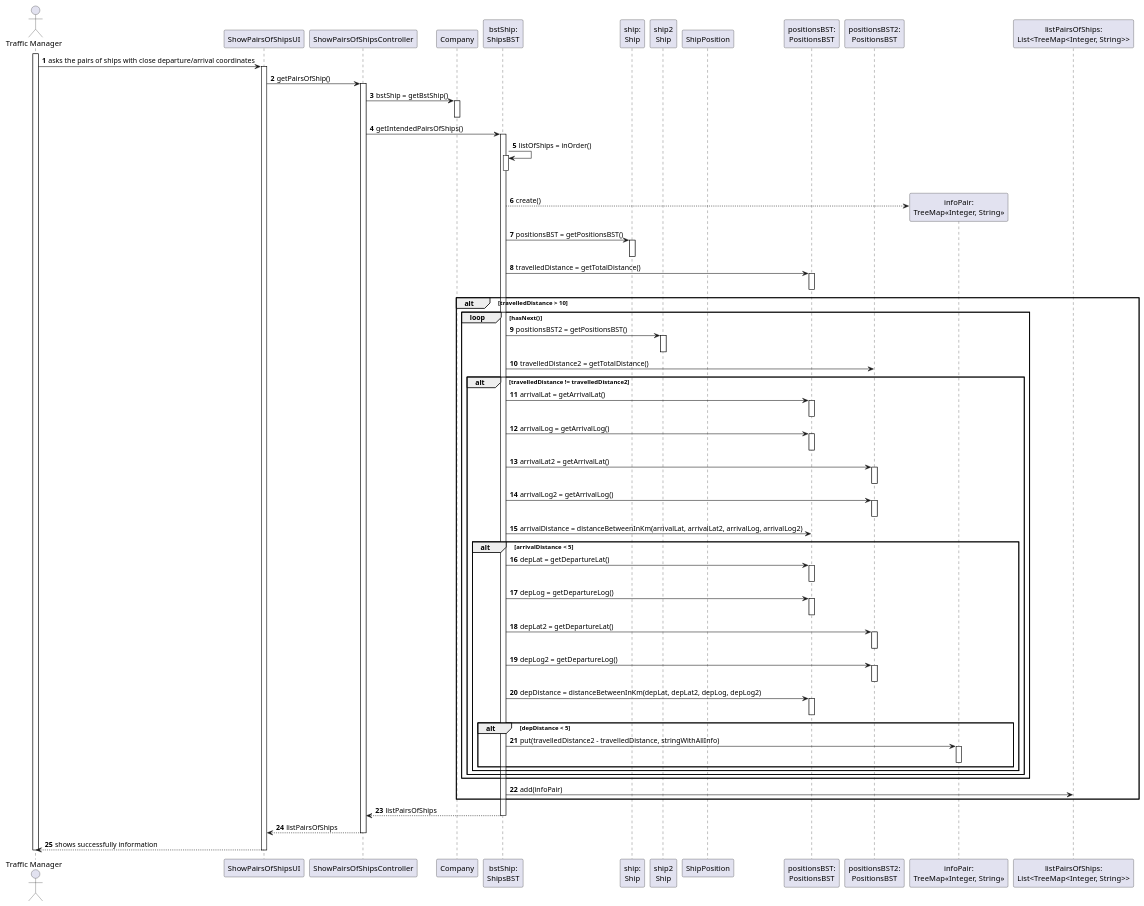
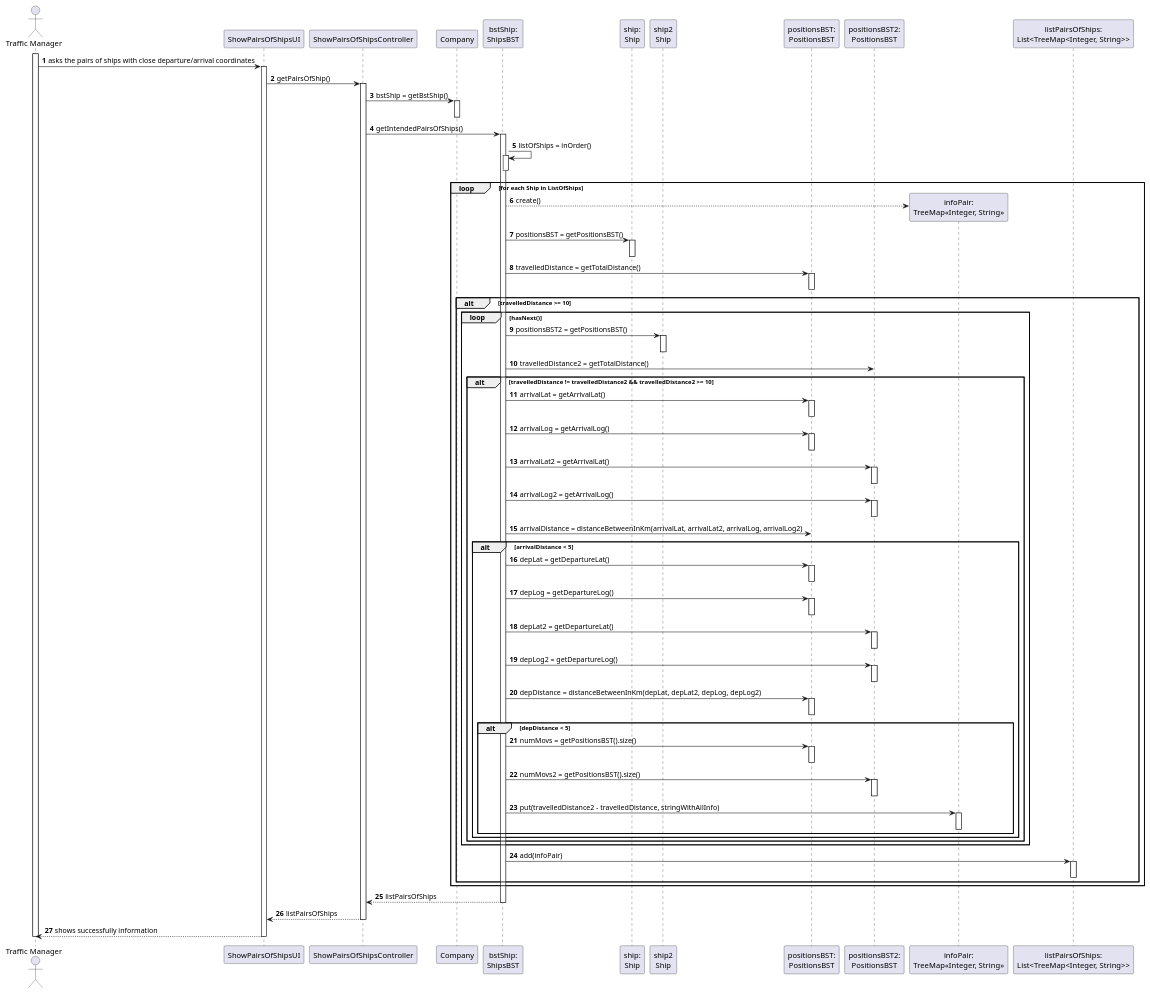
One commit to ana-albergaria/LAPR3-ISEP changed the diagram in docs/US107/US107_SD.puml. Above: the diagram before and after it, drawn with PlantUML.

Commit message:
G54-7 #comment Fixing details in SD

```diff
--- a/docs/US107/US107_SD.puml
+++ b/docs/US107/US107_SD.puml
@@ -1,103 +1,116 @@
 @startuml
 
 
 autonumber
 actor "Traffic Manager" as TM
 
 participant "ShowPairsOfShipsUI" as UI
 participant "ShowPairsOfShipsController" as CTRL
 participant "Company" as COMP
 participant "bstShip:\nShipsBST" as BstShip
 participant "ship:\nShip" as S
 participant "ship2\nShip" as S2
-participant "ShipPosition" as SP
+/'participant "ShipPosition" as SP'/
 participant "positionsBST:\nPositionsBST" as BstPosition
 participant "positionsBST2:\nPositionsBST" as BstPosition2
 participant "infoPair:\nTreeMap<<Integer, String>>" as TREEMAP
 participant "listPairsOfShips:\nList<TreeMap<Integer, String>>" as LIST
 
 
 activate TM
 TM -> "UI" : asks the pairs of ships with close departure/arrival coordinates
 activate "UI"
 UI -> CTRL : getPairsOfShip()
 activate CTRL
 CTRL -> COMP : bstShip = getBstShip()
 activate COMP
 deactivate COMP
 CTRL -> BstShip : getIntendedPairsOfShips()
 /'decide what kind of list'/
 activate BstShip
 BstShip -> BstShip : listOfShips = inOrder()
 activate BstShip
 deactivate BstShip
 loop for each Ship in ListOfShips
 BstShip --> TREEMAP** : create()
 BstShip -> S : positionsBST = getPositionsBST()
 activate S
 deactivate S
 BstShip -> BstPosition : travelledDistance = getTotalDistance()
 activate BstPosition
 deactivate BstPosition
-alt travelledDistance > 10
+/'alteração alt em baixo: travelledDistance2 >= 10 em vez de > 10'/
+alt travelledDistance >= 10
 loop hasNext()
 BstShip -> S2 : positionsBST2 = getPositionsBST()
 activate S2
 deactivate S2
 BstShip -> BstPosition2 : travelledDistance2 = getTotalDistance()
-alt travelledDistance != travelledDistance2
+/'alteração alt em baixo: && travelledDistance2 >= 10'/
+alt travelledDistance != travelledDistance2 && travelledDistance2 >= 10
 BstShip -> BstPosition : arrivalLat = getArrivalLat()
 activate BstPosition
 deactivate BstPosition
 BstShip -> BstPosition : arrivalLog = getArrivalLog()
 activate BstPosition
 deactivate BstPosition
 BstShip -> BstPosition2 : arrivalLat2 = getArrivalLat()
 activate BstPosition2
 deactivate BstPosition2
 BstShip -> BstPosition2 : arrivalLog2 = getArrivalLog()
 activate BstPosition2
 deactivate BstPosition2
 BstShip -> BstPosition : arrivalDistance = distanceBetweenInKm(arrivalLat, arrivalLat2, arrivalLog, arrivalLog2)
 alt arrivalDistance < 5
 BstShip -> BstPosition : depLat = getDepartureLat()
 activate BstPosition
 deactivate BstPosition
 BstShip -> BstPosition : depLog = getDepartureLog()
 activate BstPosition
 deactivate BstPosition
 BstShip -> BstPosition2 : depLat2 = getDepartureLat()
 activate BstPosition2
 deactivate BstPosition2
 BstShip -> BstPosition2 : depLog2 = getDepartureLog()
 activate BstPosition2
 deactivate BstPosition2
 BstShip -> BstPosition : depDistance = distanceBetweenInKm(depLat, depLat2, depLog, depLog2)
 activate BstPosition
 deactivate BstPosition
 alt depDistance < 5
+
+BstShip -> BstPosition : numMovs = getPositionsBST().size()
+activate BstPosition
+deactivate BstPosition
+BstShip -> BstPosition2 : numMovs2 = getPositionsBST().size()
+activate BstPosition2
+deactivate BstPosition2
+
 BstShip -> TREEMAP : put(travelledDistance2 - travelledDistance, stringWithAllInfo)
 activate TREEMAP
 deactivate TREEMAP
 end
 end
 end
 end
 BstShip -> LIST : add(infoPair)
+activate LIST
+deactivate LIST
+end
 end
 
 BstShip --> CTRL : listPairsOfShips
 deactivate BstShip
 CTRL --> UI : listPairsOfShips
 deactivate CTRL
 "UI" --> TM : shows successfully information
 
 deactivate "UI"
 
 
 
 
 
 deactivate TM
 
 @enduml
```
